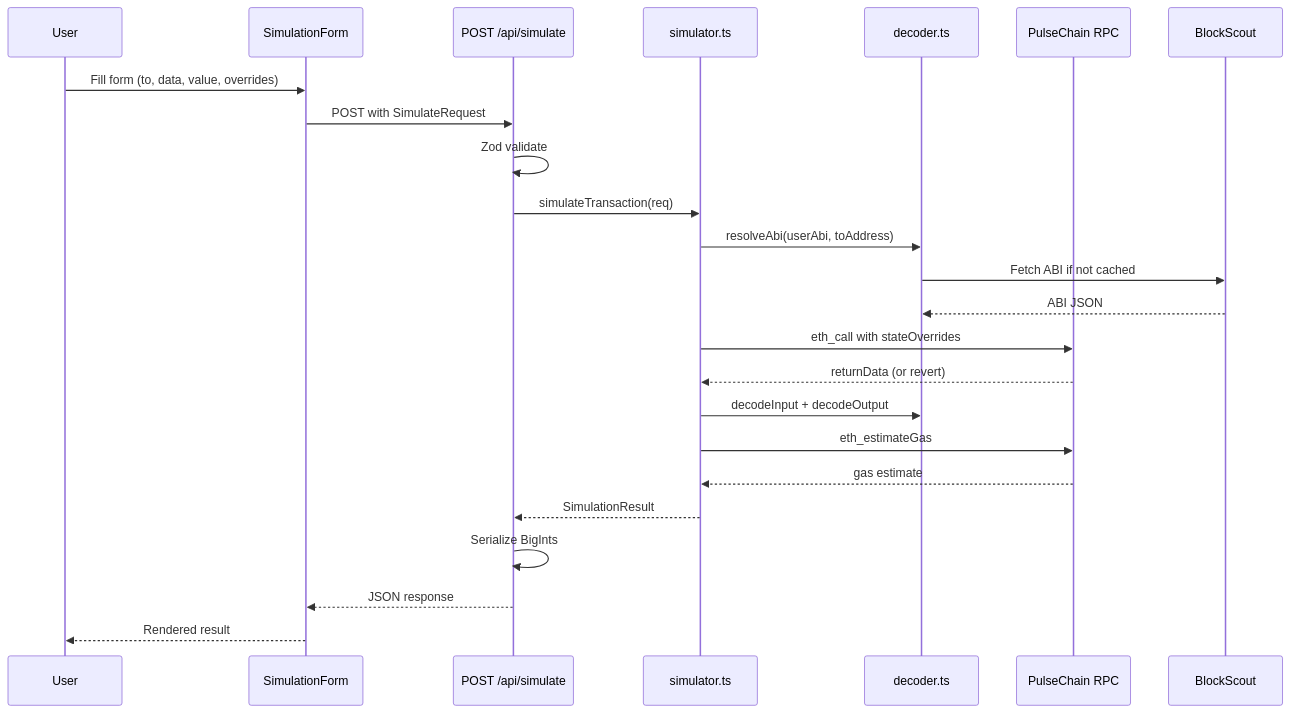
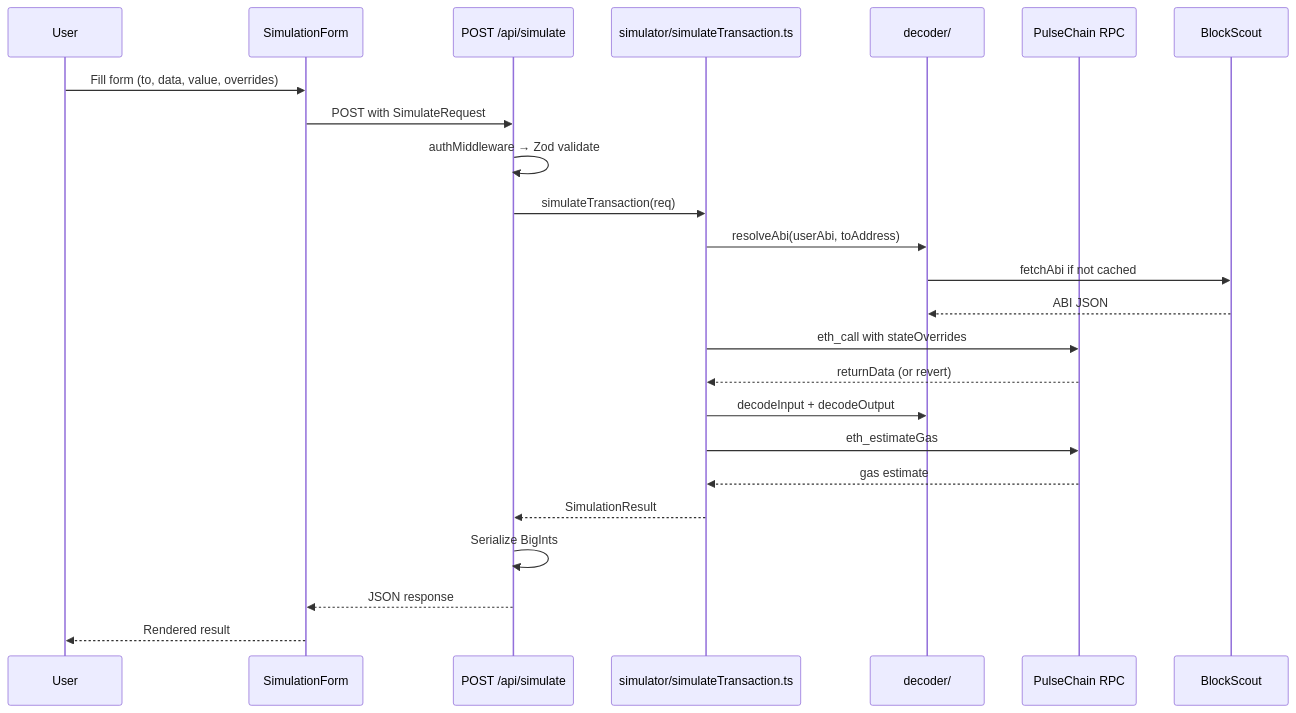
One commit to valve-tech/trace changed the second of 4 diagrams in docs/CODEBASE_MAP.md. Above: the diagram before and after it, drawn with Mermaid. The commit also changed other lines of this file and 1 other file, not shown here.

````diff
--- a/docs/CODEBASE_MAP.md
+++ b/docs/CODEBASE_MAP.md
@@ -206,27 +393,27 @@
 ```mermaid
 sequenceDiagram
     participant User
     participant Web as SimulationForm
     participant API as POST /api/simulate
-    participant Sim as simulator.ts
-    participant Dec as decoder.ts
+    participant Sim as simulator/simulateTransaction.ts
+    participant Dec as decoder/
     participant RPC as PulseChain RPC
     participant BS as BlockScout
 
     User->>Web: Fill form (to, data, value, overrides)
     Web->>API: POST with SimulateRequest
-    API->>API: Zod validate
+    API->>API: authMiddleware → Zod validate
     API->>Sim: simulateTransaction(req)
     Sim->>Dec: resolveAbi(userAbi, toAddress)
-    Dec->>BS: Fetch ABI if not cached
+    Dec->>BS: fetchAbi if not cached
     BS-->>Dec: ABI JSON
     Sim->>RPC: eth_call with stateOverrides
     RPC-->>Sim: returnData (or revert)
     Sim->>Dec: decodeInput + decodeOutput
     Sim->>RPC: eth_estimateGas
     RPC-->>Sim: gas estimate
     Sim-->>API: SimulationResult
     API->>API: Serialize BigInts
     API-->>Web: JSON response
     Web-->>User: Rendered result
 ```
````
